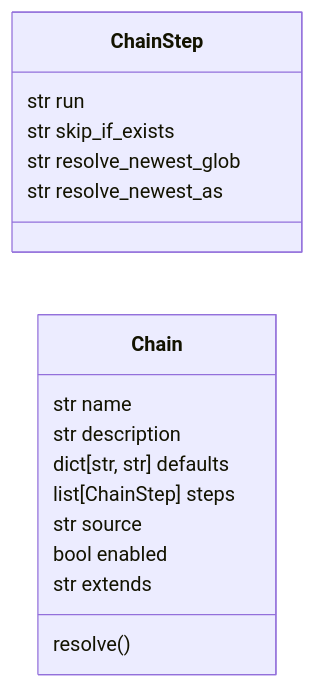
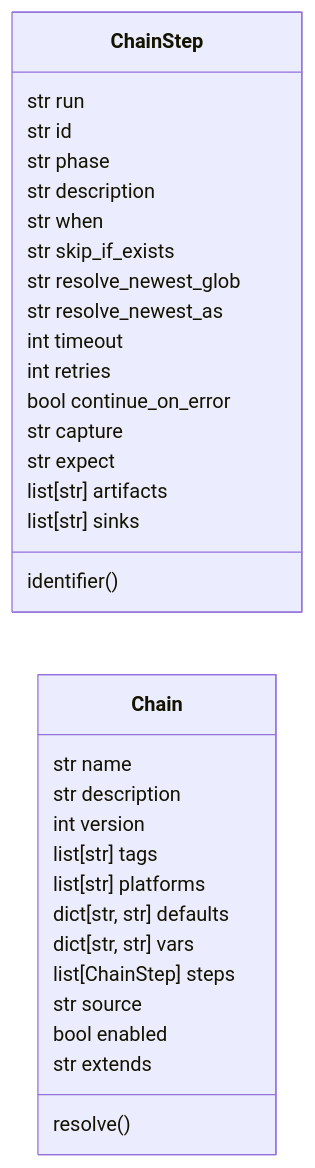
Before and after one commit to grisuno/LazyOwn: the first of 2 diagrams in readmenator-apidocs/modules/modules.chain_registry.py.md, drawn with Mermaid. The commit also changed other lines of this file and 764 other files, not shown here.

````diff
--- a/readmenator-apidocs/modules/modules.chain_registry.py.md
+++ b/readmenator-apidocs/modules/modules.chain_registry.py.md
@@ -22,18 +26,34 @@
 ```mermaid
 classDiagram
     direction LR
     class ChainStep
     ChainStep : str run
+    ChainStep : str id
+    ChainStep : str phase
+    ChainStep : str description
+    ChainStep : str when
     ChainStep : str skip_if_exists
     ChainStep : str resolve_newest_glob
     ChainStep : str resolve_newest_as
+    ChainStep : int timeout
+    ChainStep : int retries
+    ChainStep : bool continue_on_error
+    ChainStep : str capture
+    ChainStep : str expect
+    ChainStep : list[str] artifacts
+    ChainStep : list[str] sinks
+    ChainStep : identifier()
     class Chain
     Chain : str name
     Chain : str description
+    Chain : int version
+    Chain : list[str] tags
+    Chain : list[str] platforms
     Chain : dict[str, str] defaults
+    Chain : dict[str, str] vars
     Chain : list[ChainStep] steps
     Chain : str source
     Chain : bool enabled
     Chain : str extends
     Chain : resolve()
 ```
````
